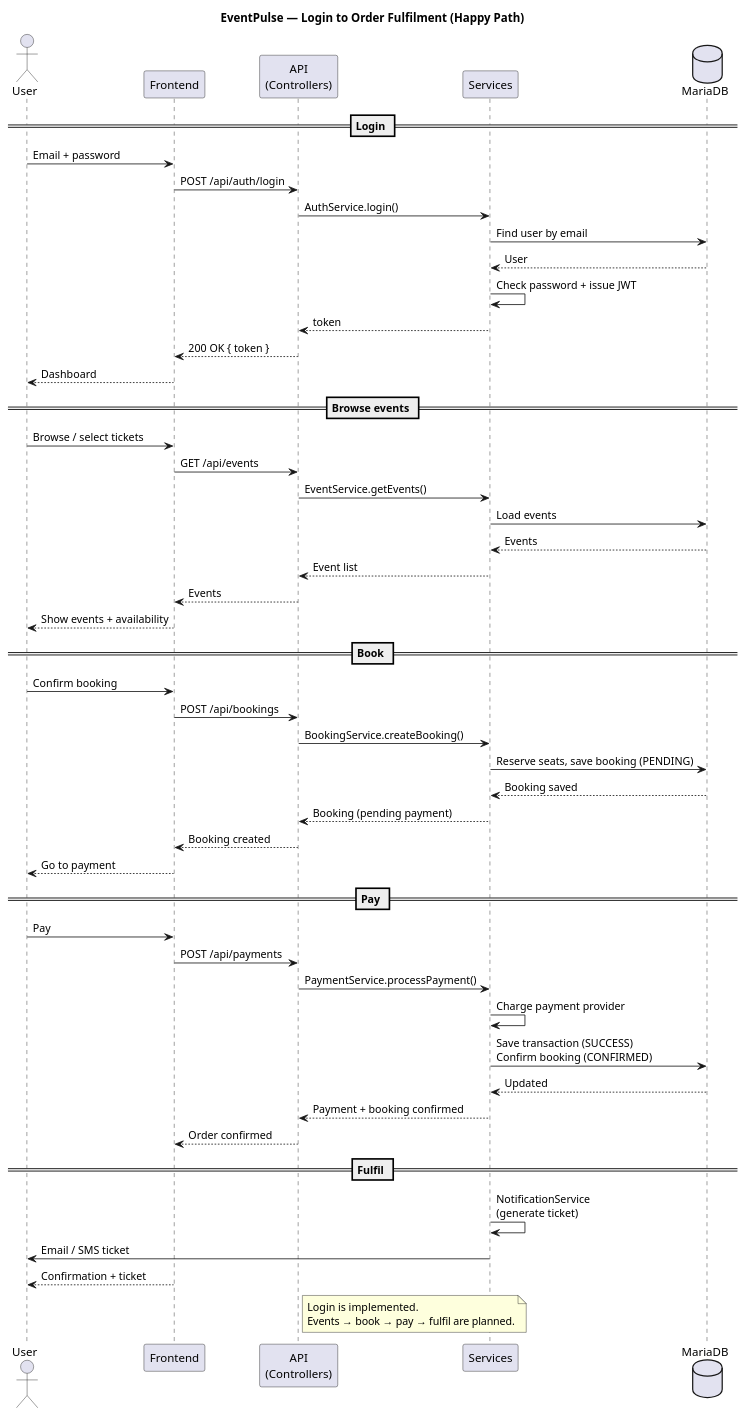
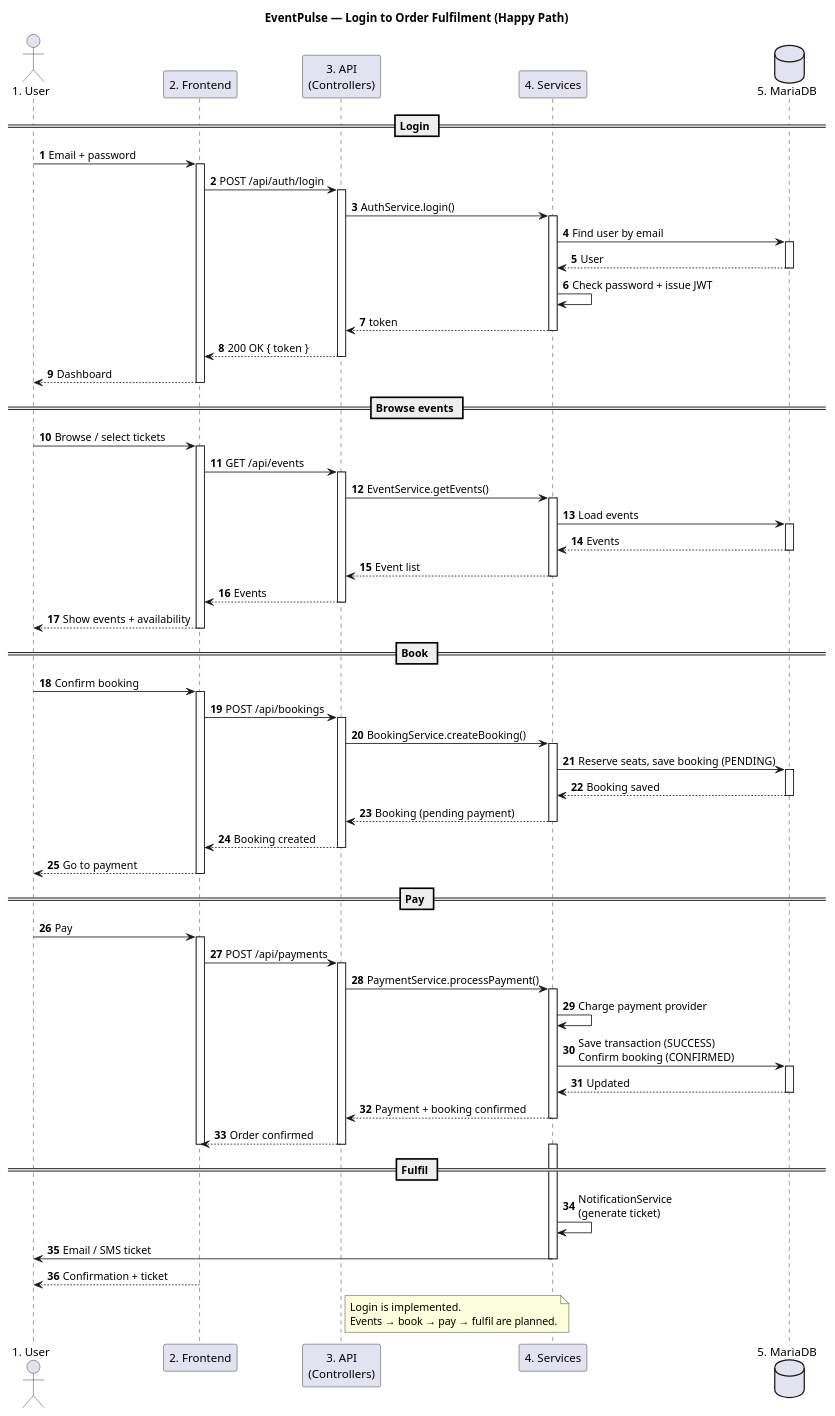
Before and after one commit to victor-butita/eventpulse-api: the diagram in docs/eventpulse_login_to_fulfilment_monolith.puml, drawn with PlantUML.

Commit message:
docs: number steps and participants on fulfilment diagram
Add autonumbered arrows, numbered lifelines, and activation bars.

```diff
--- a/docs/eventpulse_login_to_fulfilment_monolith.puml
+++ b/docs/eventpulse_login_to_fulfilment_monolith.puml
@@ -1,62 +1,98 @@
 @startuml EventPulse_Login_To_Fulfilment_Monolith
 
 title EventPulse — Login to Order Fulfilment (Happy Path)
 
-actor User
-participant "Frontend" as UI
-participant "API\n(Controllers)" as API
-participant "Services" as SVC
-database "MariaDB" as DB
+autonumber "<b>##</b>"
+
+actor "1. User" as User
+participant "2. Frontend" as UI
+participant "3. API\n(Controllers)" as API
+participant "4. Services" as SVC
+database "5. MariaDB" as DB
 
 == Login ==
 User -> UI : Email + password
+activate UI
 UI -> API : POST /api/auth/login
+activate API
 API -> SVC : AuthService.login()
+activate SVC
 SVC -> DB : Find user by email
+activate DB
 DB --> SVC : User
+deactivate DB
 SVC -> SVC : Check password + issue JWT
 SVC --> API : token
+deactivate SVC
 API --> UI : 200 OK { token }
+deactivate API
 UI --> User : Dashboard
+deactivate UI
 
 == Browse events ==
 User -> UI : Browse / select tickets
+activate UI
 UI -> API : GET /api/events
+activate API
 API -> SVC : EventService.getEvents()
+activate SVC
 SVC -> DB : Load events
+activate DB
 DB --> SVC : Events
+deactivate DB
 SVC --> API : Event list
+deactivate SVC
 API --> UI : Events
+deactivate API
 UI --> User : Show events + availability
+deactivate UI
 
 == Book ==
 User -> UI : Confirm booking
+activate UI
 UI -> API : POST /api/bookings
+activate API
 API -> SVC : BookingService.createBooking()
+activate SVC
 SVC -> DB : Reserve seats, save booking (PENDING)
+activate DB
 DB --> SVC : Booking saved
+deactivate DB
 SVC --> API : Booking (pending payment)
+deactivate SVC
 API --> UI : Booking created
+deactivate API
 UI --> User : Go to payment
+deactivate UI
 
 == Pay ==
 User -> UI : Pay
+activate UI
 UI -> API : POST /api/payments
+activate API
 API -> SVC : PaymentService.processPayment()
+activate SVC
 SVC -> SVC : Charge payment provider
 SVC -> DB : Save transaction (SUCCESS)\nConfirm booking (CONFIRMED)
+activate DB
 DB --> SVC : Updated
+deactivate DB
 SVC --> API : Payment + booking confirmed
+deactivate SVC
 API --> UI : Order confirmed
+deactivate API
+deactivate UI
 
 == Fulfil ==
+activate SVC
 SVC -> SVC : NotificationService\n(generate ticket)
 SVC -> User : Email / SMS ticket
+deactivate SVC
 UI --> User : Confirmation + ticket
 
 note right of API
   Login is implemented.
   Events → book → pay → fulfil are planned.
 end note
 
 @enduml
```
